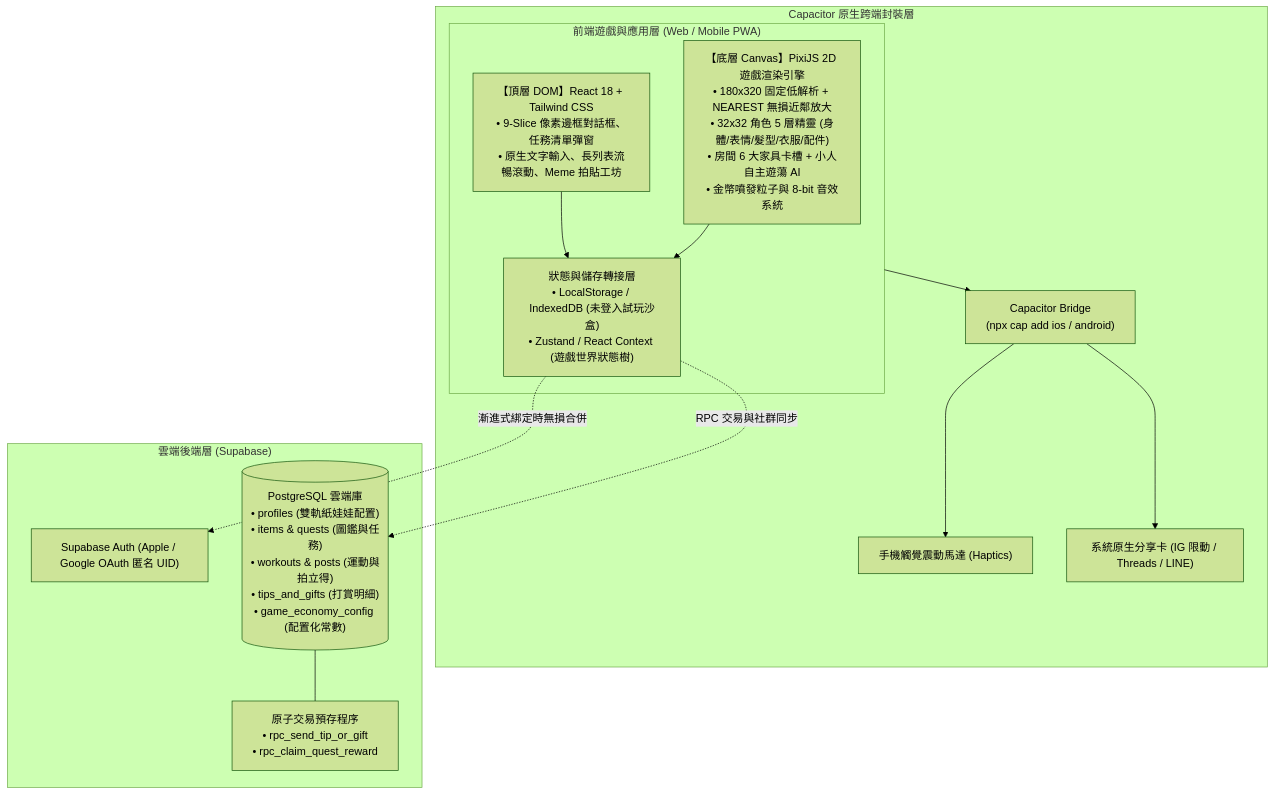
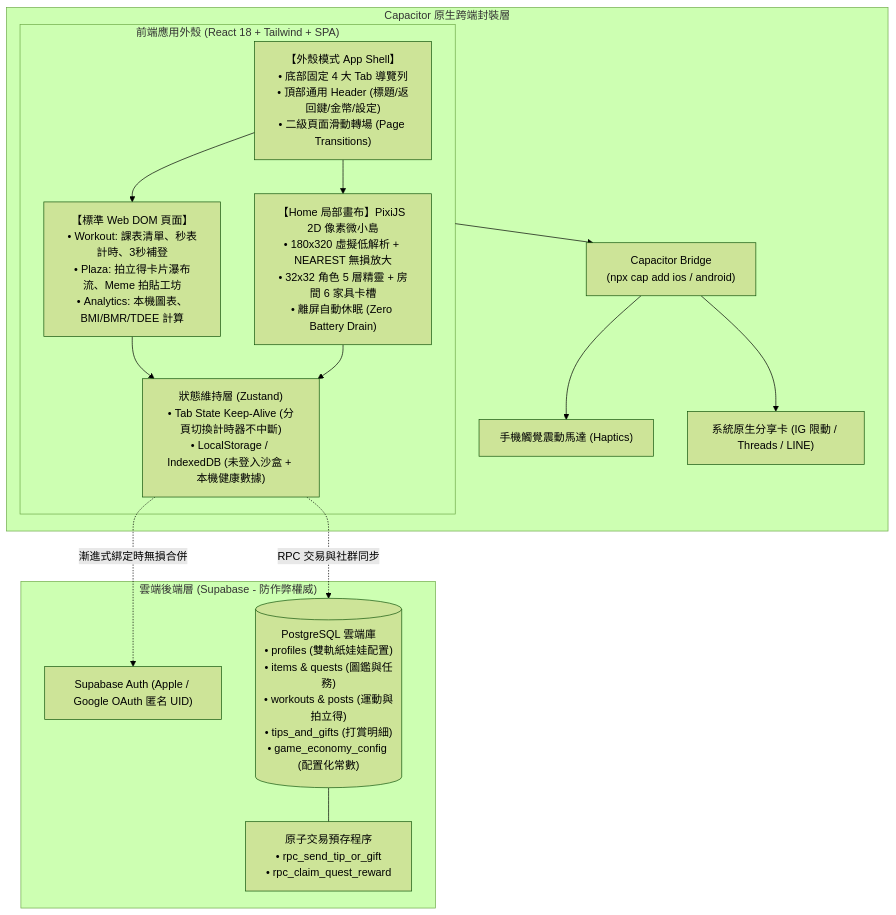
One commit to yuchienw/Fitmon changed the diagram in llm-wiki/wiki/tech_architecture.md. Above: the diagram before and after it, drawn with Mermaid (forest theme). The commit also changed other lines of this file and 5 other files, not shown here.

````diff
--- a/llm-wiki/wiki/tech_architecture.md
+++ b/llm-wiki/wiki/tech_architecture.md
@@ -11,33 +43,37 @@
 ```mermaid
 flowchart TB
-    subgraph Client ["前端遊戲與應用層 (Web / Mobile PWA)"]
-        PixiCanvas["【底層 Canvas】PixiJS 2D 遊戲渲染引擎\n• 180x320 固定低解析 + NEAREST 無損近鄰放大\n• 32x32 角色 5 層精靈 (身體/表情/髮型/衣服/配件)\n• 房間 6 大家具卡槽 + 小人自主遊蕩 AI\n• 金幣噴發粒子與 8-bit 音效系統"]
+    subgraph Client ["前端應用外殼 (React 18 + Tailwind + SPA)"]
+        AppShell["【外殼模式 App Shell】\n• 底部固定 4 大 Tab 導覽列\n• 頂部通用 Header (標題/返回鍵/金幣/設定)\n• 二級頁面滑動轉場 (Page Transitions)"]
         
-        ReactDOM["【頂層 DOM】React 18 + Tailwind CSS\n• 9-Slice 像素邊框對話框、任務清單彈窗\n• 原生文字輸入、長列表流暢滾動、Meme 拍貼工坊"]
+        EmbeddedCanvas["【Home 局部畫布】PixiJS 2D 像素微小島\n• 180x320 虛擬低解析 + NEAREST 無損放大\n• 32x32 角色 5 層精靈 + 房間 6 家具卡槽\n• 離屏自動休眠 (Zero Battery Drain)"]
+        
+        DOMPages["【標準 Web DOM 頁面】\n• Workout: 課表清單、秒表計時、3秒補登\n• Plaza: 拍立得卡片瀑布流、Meme 拍貼工坊\n• Analytics: 本機圖表、BMI/BMR/TDEE 計算"]
 
-        StateLayer["狀態與儲存轉接層\n• LocalStorage / IndexedDB (未登入試玩沙盒)\n• Zustand / React Context (遊戲世界狀態樹)"]
+        StateLayer["狀態維持層 (Zustand)\n• Tab State Keep-Alive (分頁切換計時器不中斷)\n• LocalStorage / IndexedDB (未登入沙盒 + 本機健康數據)"]
 
-        ReactDOM --> StateLayer
-        PixiCanvas --> StateLayer
+        AppShell --> DOMPages
+        AppShell --> EmbeddedCanvas
+        DOMPages --> StateLayer
+        EmbeddedCanvas --> StateLayer
     end
 
     subgraph NativeWrapper ["Capacitor 原生跨端封裝層"]
         Capacitor["Capacitor Bridge\n(npx cap add ios / android)"]
         Haptics["手機觸覺震動馬達 (Haptics)"]
         SharePlugin["系統原生分享卡 (IG 限動 / Threads / LINE)"]
         
         Client --> Capacitor
         Capacitor --> Haptics
         Capacitor --> SharePlugin
     end
 
-    subgraph Cloud ["雲端後端層 (Supabase)"]
+    subgraph Cloud ["雲端後端層 (Supabase - 防作弊權威)"]
         Auth["Supabase Auth (Apple / Google OAuth 匿名 UID)"]
         DB[("PostgreSQL 雲端庫\n• profiles (雙軌紙娃娃配置)\n• items & quests (圖鑑與任務)\n• workouts & posts (運動與拍立得)\n• tips_and_gifts (打賞明細)\n• game_economy_config (配置化常數)")]
         RPC["原子交易預存程序\n• rpc_send_tip_or_gift\n• rpc_claim_quest_reward"]
 
         StateLayer -.->|"漸進式綁定時無損合併"| Auth
         StateLayer -.->|"RPC 交易與社群同步"| DB
         DB --- RPC
     end
 ```
````
